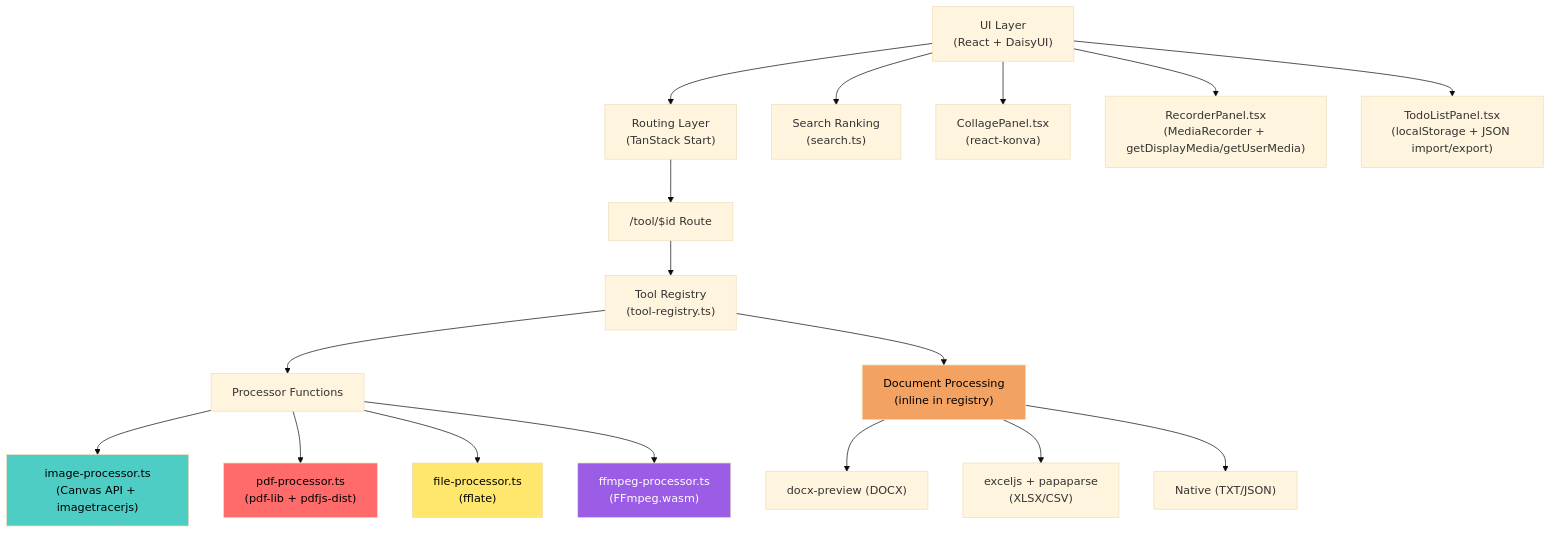
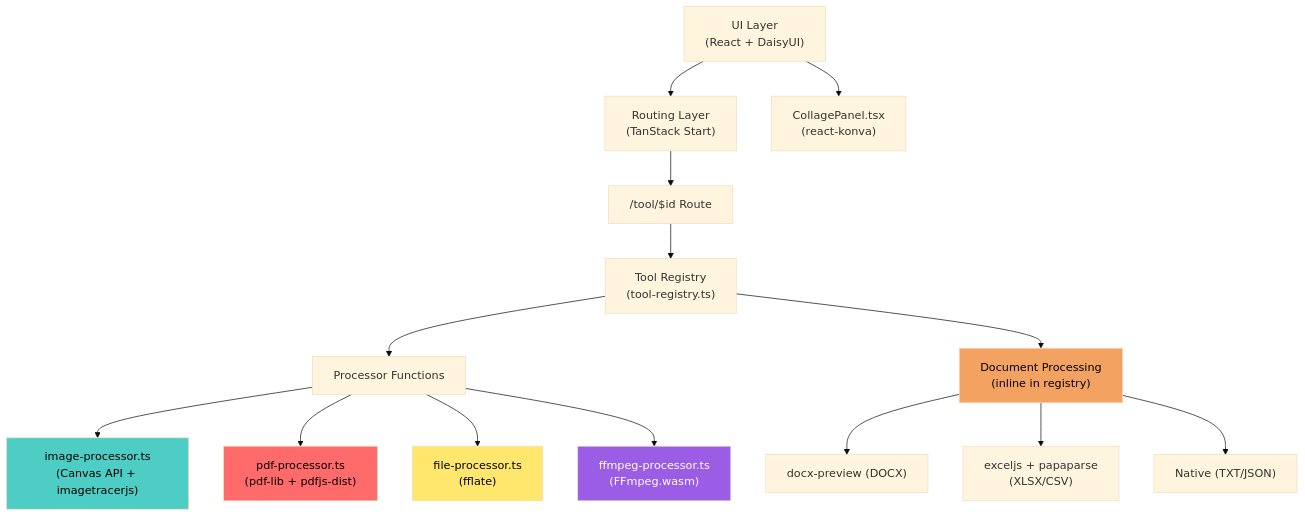
One commit to imxade/hanee changed the first of 7 diagrams in README.md. Above: the diagram before and after it, drawn with Mermaid (base theme). The commit also changed other lines of this file and 20 other files, not shown here.

````diff
--- a/README.md
+++ b/README.md
@@ -15,25 +15,22 @@
 ```mermaid
 flowchart TD
     UI["UI Layer<br/>(React + DaisyUI)"] --> Router["Routing Layer<br/>(TanStack Start)"]
     Router --> ToolRoute["/tool/$id Route"]
     ToolRoute --> Registry["Tool Registry<br/>(tool-registry.ts)"]
-    UI --> SearchRank["Search Ranking<br/>(search.ts)"]
     Registry --> Processors["Processor Functions"]
     Processors --> ImgProc["image-processor.ts<br/>(Canvas API + imagetracerjs)"]
     Processors --> PdfProc["pdf-processor.ts<br/>(pdf-lib + pdfjs-dist)"]
     Processors --> FileProc["file-processor.ts<br/>(fflate)"]
     Processors --> FfmpegProc["ffmpeg-processor.ts<br/>(FFmpeg.wasm)"]
     Registry --> DocInline["Document Processing<br/>(inline in registry)"]
     DocInline --> docxPrev["docx-preview (DOCX)"]
     DocInline --> xlsxLib["exceljs + papaparse<br/>(XLSX/CSV)"]
     DocInline --> txtJson["Native (TXT/JSON)"]
     UI --> CollageUI["CollagePanel.tsx<br/>(react-konva)"]
-    UI --> RecorderUI["RecorderPanel.tsx<br/>(MediaRecorder + getDisplayMedia/getUserMedia)"]
-    UI --> TodoUI["TodoListPanel.tsx<br/>(localStorage + JSON import/export)"]
 
     style ImgProc fill:#4ecdc4,color:#000
     style PdfProc fill:#ff6b6b,color:#000
     style FileProc fill:#ffe66d,color:#000
     style FfmpegProc fill:#9b5de5,color:#fff
     style DocInline fill:#f4a261,color:#000
 ```
````
